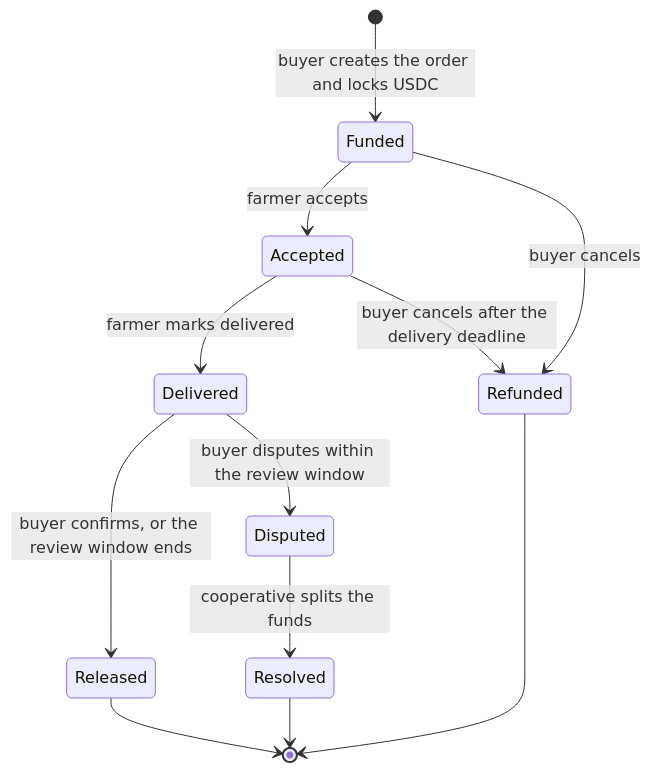
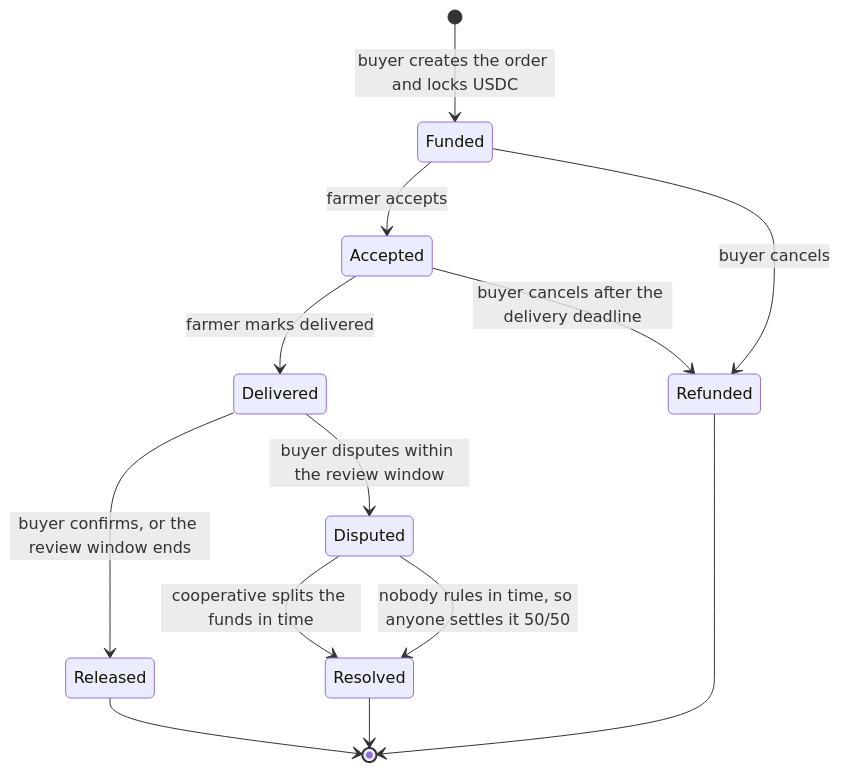
One commit to Ibk-Bless/FarmPay changed the first of 4 diagrams in docs/HOW_IT_WORKS.md. Above: the diagram before and after it, drawn with Mermaid. The commit also changed other lines of this file and 18 other files, not shown here.

````diff
--- a/docs/HOW_IT_WORKS.md
+++ b/docs/HOW_IT_WORKS.md
@@ -18,14 +18,15 @@
 ```mermaid
 stateDiagram-v2
     [*] --> Funded: buyer creates the order and locks USDC
     Funded --> Accepted: farmer accepts
     Funded --> Refunded: buyer cancels
     Accepted --> Delivered: farmer marks delivered
     Accepted --> Refunded: buyer cancels after the delivery deadline
     Delivered --> Released: buyer confirms, or the review window ends
     Delivered --> Disputed: buyer disputes within the review window
-    Disputed --> Resolved: cooperative splits the funds
+    Disputed --> Resolved: cooperative splits the funds in time
+    Disputed --> Resolved: nobody rules in time, so anyone settles it 50/50
     Released --> [*]
     Refunded --> [*]
     Resolved --> [*]
 ```
````
